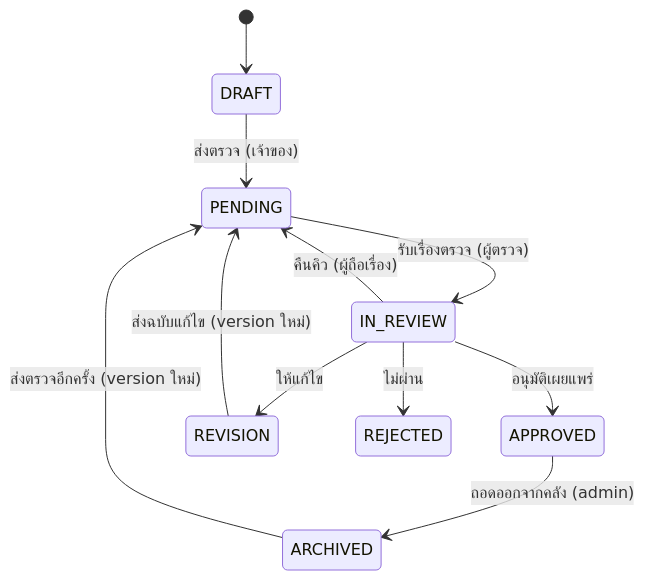
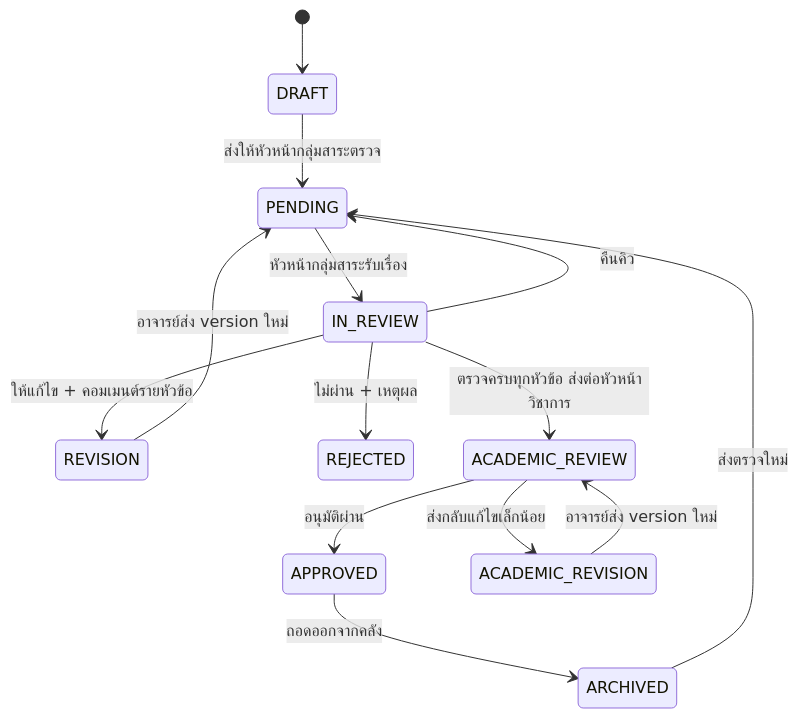
The diagram in docs/workflow.md (BlueSky8727/udomsasn), drawn with Mermaid before and after one commit. The commit also changed other lines of this file and 42 other files, not shown here.

````diff
--- a/docs/workflow.md
+++ b/docs/workflow.md
@@ -29,13 +33,16 @@
 ```mermaid
 stateDiagram-v2
     [*] --> DRAFT
-    DRAFT --> PENDING: ส่งตรวจ (เจ้าของ)
-    PENDING --> IN_REVIEW: รับเรื่องตรวจ (ผู้ตรวจ)
-    IN_REVIEW --> PENDING: คืนคิว (ผู้ถือเรื่อง)
-    IN_REVIEW --> APPROVED: อนุมัติเผยแพร่
-    IN_REVIEW --> REVISION: ให้แก้ไข
-    IN_REVIEW --> REJECTED: ไม่ผ่าน
-    REVISION --> PENDING: ส่งฉบับแก้ไข (version ใหม่)
-    APPROVED --> ARCHIVED: ถอดออกจากคลัง (admin)
-    ARCHIVED --> PENDING: ส่งตรวจอีกครั้ง (version ใหม่)
+    DRAFT --> PENDING: ส่งให้หัวหน้ากลุ่มสาระตรวจ
+    PENDING --> IN_REVIEW: หัวหน้ากลุ่มสาระรับเรื่อง
+    IN_REVIEW --> PENDING: คืนคิว
+    IN_REVIEW --> REVISION: ให้แก้ไข + คอมเมนต์รายหัวข้อ
+    IN_REVIEW --> REJECTED: ไม่ผ่าน + เหตุผล
+    IN_REVIEW --> ACADEMIC_REVIEW: ตรวจครบทุกหัวข้อ ส่งต่อหัวหน้าวิชาการ
+    REVISION --> PENDING: อาจารย์ส่ง version ใหม่
+    ACADEMIC_REVIEW --> APPROVED: อนุมัติผ่าน
+    ACADEMIC_REVIEW --> ACADEMIC_REVISION: ส่งกลับแก้ไขเล็กน้อย
+    ACADEMIC_REVISION --> ACADEMIC_REVIEW: อาจารย์ส่ง version ใหม่
+    APPROVED --> ARCHIVED: ถอดออกจากคลัง
+    ARCHIVED --> PENDING: ส่งตรวจใหม่
 ```
````
